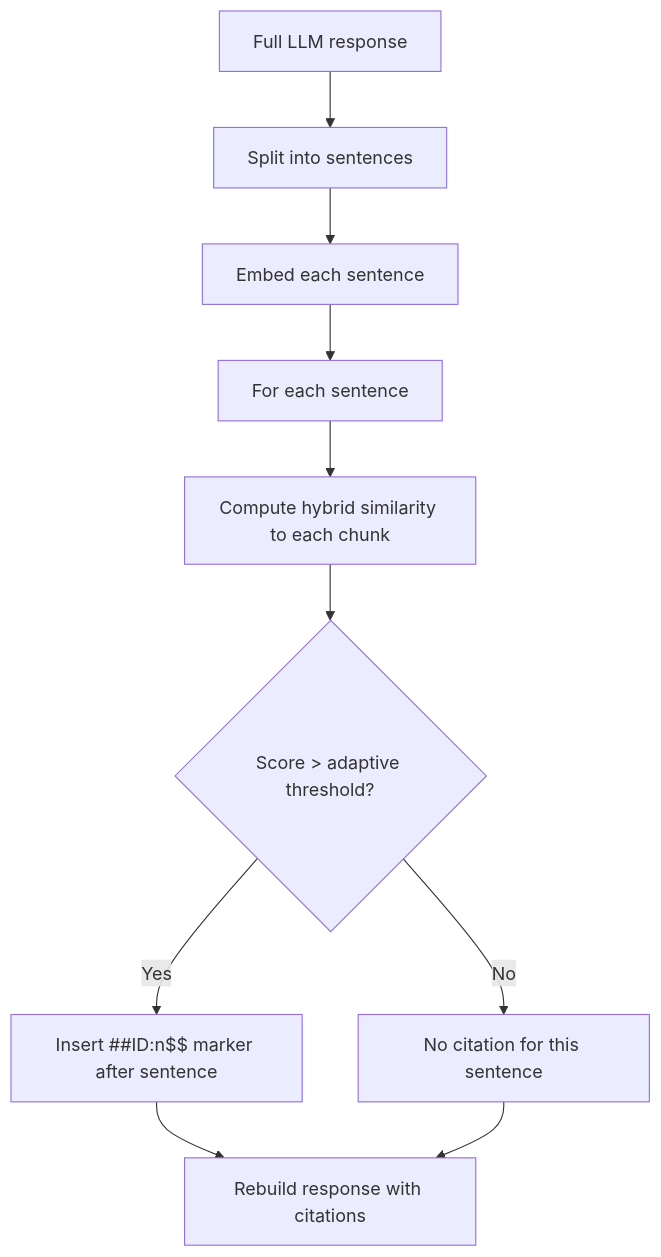
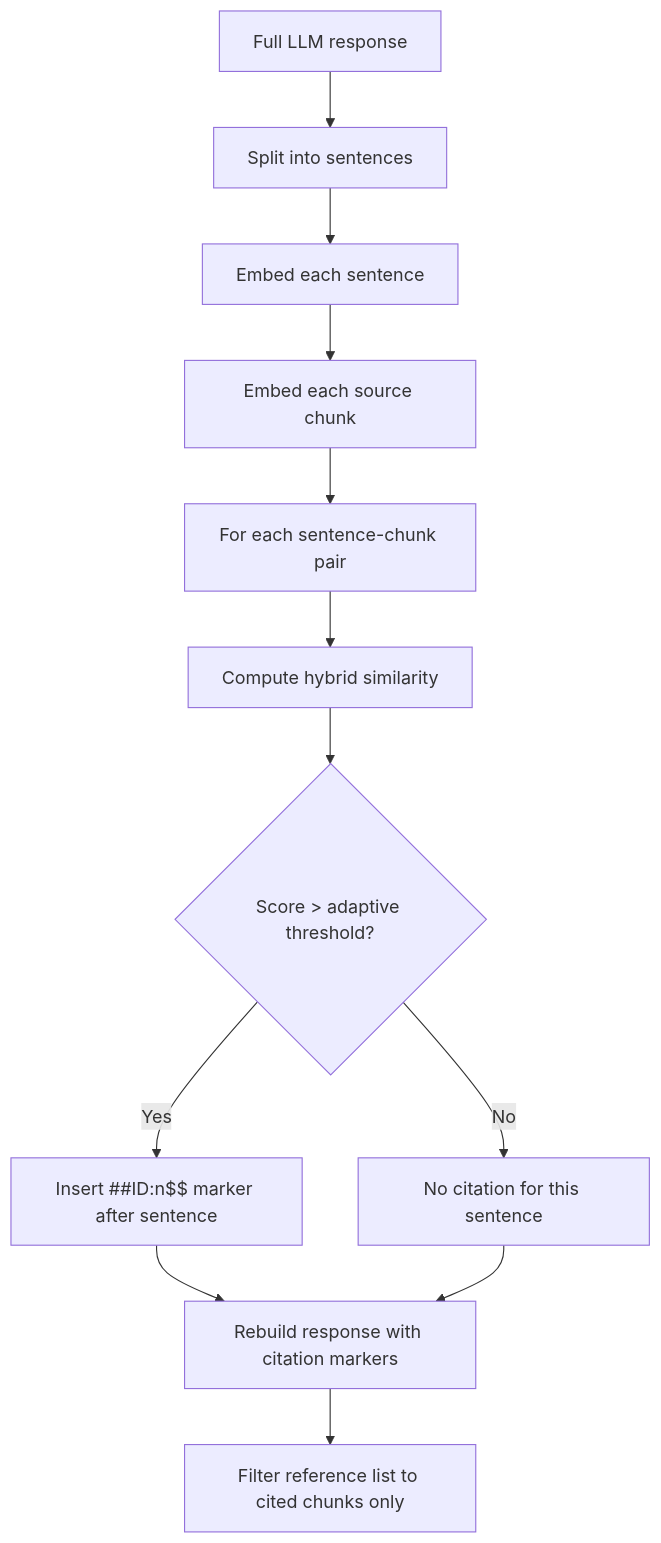
The third of 4 diagrams in docs/detail-design/chat-completion-generation.md (b-knowledge-solution/b-knowledge), drawn with Mermaid before and after one commit. The commit also changed other lines of this file and 1 other file, not shown here.

First line of the commit message:
docs: add chat completion generation and GraphRAG detail-design docs

````diff
--- a/docs/detail-design/chat-completion-generation.md
+++ b/docs/detail-design/chat-completion-generation.md
@@ -136,12 +197,14 @@
 ```mermaid
 flowchart TD
     A[Full LLM response] --> B[Split into sentences]
     B --> C[Embed each sentence]
-    C --> D[For each sentence]
-    D --> E[Compute hybrid similarity to each chunk]
-    E --> F{Score > adaptive threshold?}
-    F -->|Yes| G[Insert ##ID:n$$ marker after sentence]
-    F -->|No| H[No citation for this sentence]
-    G --> I[Rebuild response with citations]
-    H --> I
+    C --> D[Embed each source chunk]
+    D --> E[For each sentence-chunk pair]
+    E --> F[Compute hybrid similarity]
+    F --> G{Score > adaptive threshold?}
+    G -->|Yes| H["Insert ##ID:n$$ marker after sentence"]
+    G -->|No| I[No citation for this sentence]
+    H --> J[Rebuild response with citation markers]
+    I --> J
+    J --> K[Filter reference list to cited chunks only]
 ```
````
